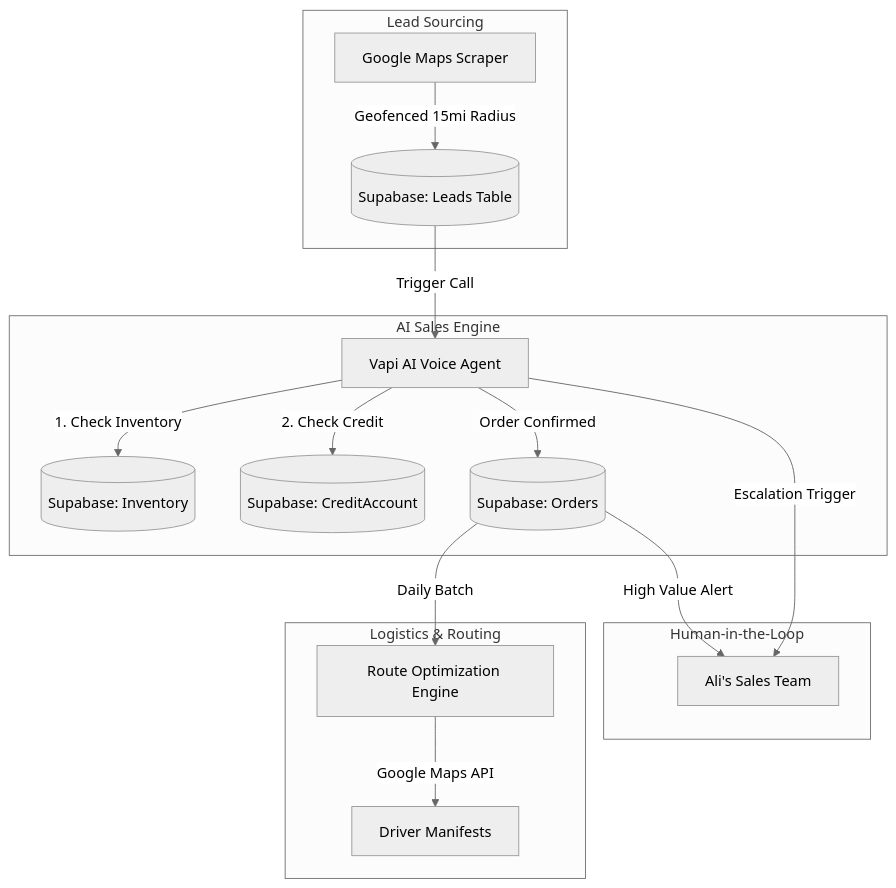
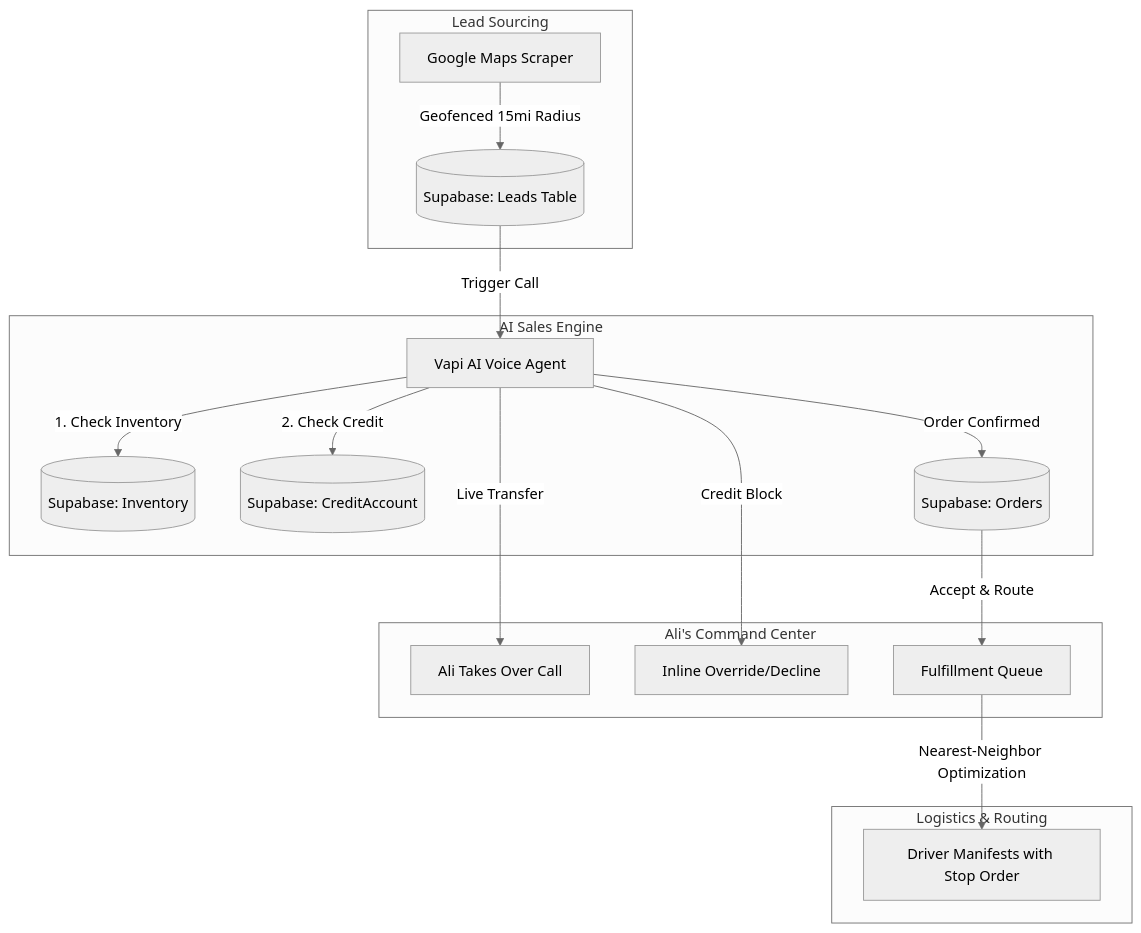
The first of 2 diagrams in ARCHITECTURE.md (sk6786/AliWholesaleSaas), drawn with Mermaid (neutral theme) before and after one commit. The commit also changed other lines of this file and 7 other files, not shown here.

First line of the commit message:
UX redesign: inline interrupts, live transfer, fulfillment with stop ordering

````diff
--- a/ARCHITECTURE.md
+++ b/ARCHITECTURE.md
@@ -20,23 +20,23 @@
 ```mermaid
 graph TD
     subgraph "Lead Sourcing"
         A[Google Maps Scraper] -->|Geofenced 15mi Radius| B[(Supabase: Leads Table)]
     end
 
     subgraph "AI Sales Engine"
         B -->|Trigger Call| C[Vapi AI Voice Agent]
         C -->|1. Check Inventory| D[(Supabase: Inventory)]
         C -->|2. Check Credit| E[(Supabase: CreditAccount)]
         C -->|Order Confirmed| F[(Supabase: Orders)]
     end
 
-    subgraph "Human-in-the-Loop"
-        C -->|Escalation Trigger| G[Ali's Sales Team]
-        F -->|High Value Alert| G
+    subgraph "Ali's Command Center"
+        C -->|Live Transfer| G[Ali Takes Over Call]
+        C -->|Credit Block| G2[Inline Override/Decline]
+        F -->|Accept & Route| H2[Fulfillment Queue]
     end
 
     subgraph "Logistics & Routing"
-        F -->|Daily Batch| H[Route Optimization Engine]
-        H -->|Google Maps API| I[Driver Manifests]
+        H2 -->|Nearest-Neighbor Optimization| I[Driver Manifests with Stop Order]
     end
 ```
````
